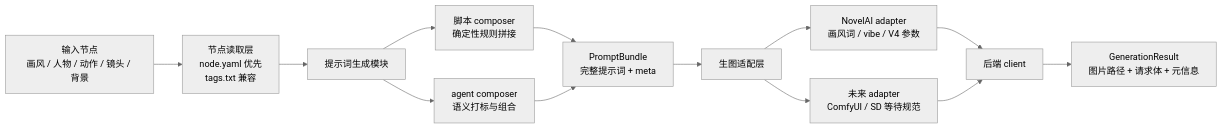
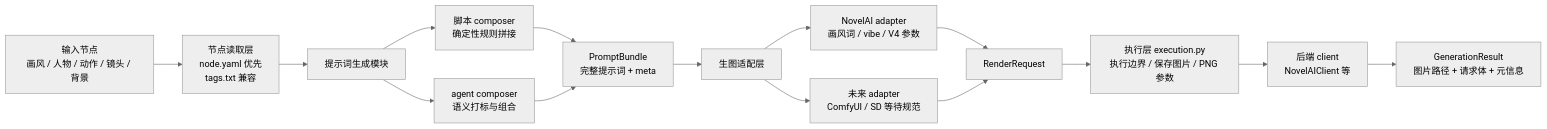
The diagram in docs/development_plan_v1.md (WeissGoat/PromptAtelier), drawn with Mermaid (neutral theme) before and after one commit. The commit also changed other lines of this file and 1 other file, not shown here.

Commit message:
Document NovelAI execution layer

````diff
--- a/docs/development_plan_v1.md
+++ b/docs/development_plan_v1.md
@@ -26,15 +26,17 @@
 ```mermaid
 flowchart LR
   A["输入节点<br/>画风 / 人物 / 动作 / 镜头 / 背景"] --> B["节点读取层<br/>node.yaml 优先<br/>tags.txt 兼容"]
   B --> C["提示词生成模块"]
   C --> C1["脚本 composer<br/>确定性规则拼接"]
   C --> C2["agent composer<br/>语义打标与组合"]
   C1 --> D["PromptBundle<br/>完整提示词 + meta"]
   C2 --> D
   D --> E["生图适配层"]
   E --> E1["NovelAI adapter<br/>画风词 / vibe / V4 参数"]
   E --> E2["未来 adapter<br/>ComfyUI / SD 等待规范"]
-  E1 --> F["后端 client"]
+  E1 --> F["RenderRequest"]
   E2 --> F
-  F --> G["GenerationResult<br/>图片路径 + 请求体 + 元信息"]
+  F --> G["执行层 execution.py<br/>执行边界 / 保存图片 / PNG 参数"]
+  G --> H["后端 client<br/>NovelAIClient 等"]
+  H --> I["GenerationResult<br/>图片路径 + 请求体 + 元信息"]
 ```
````
